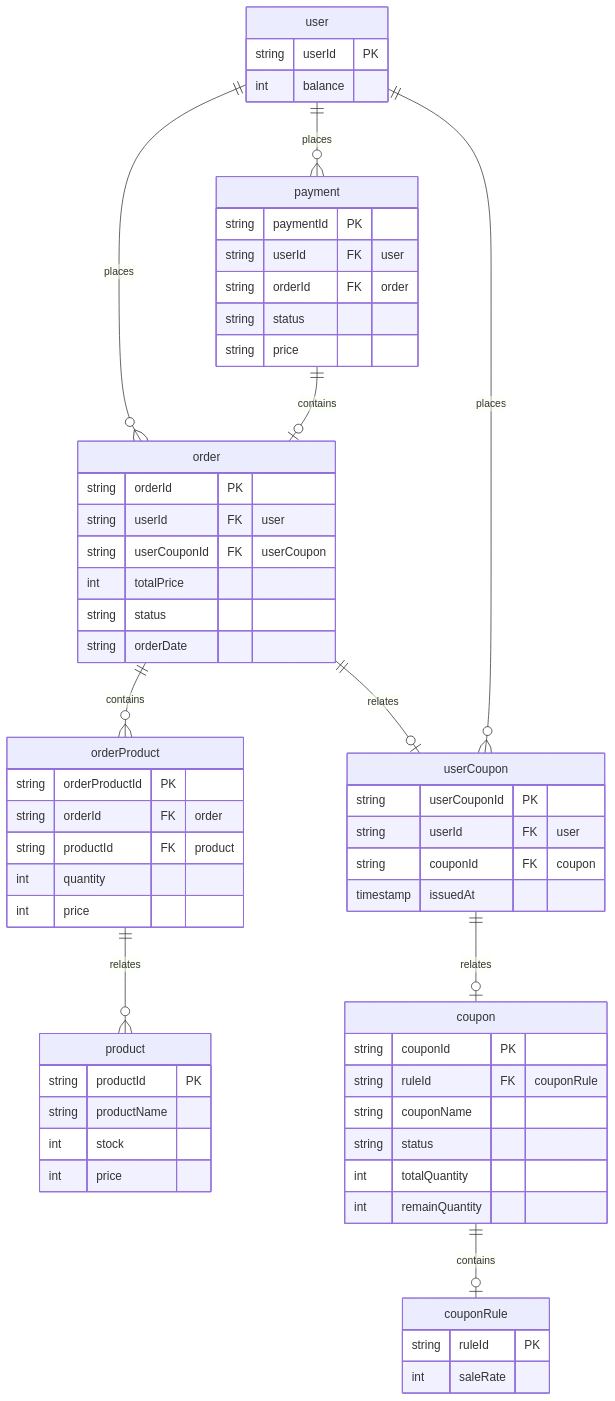
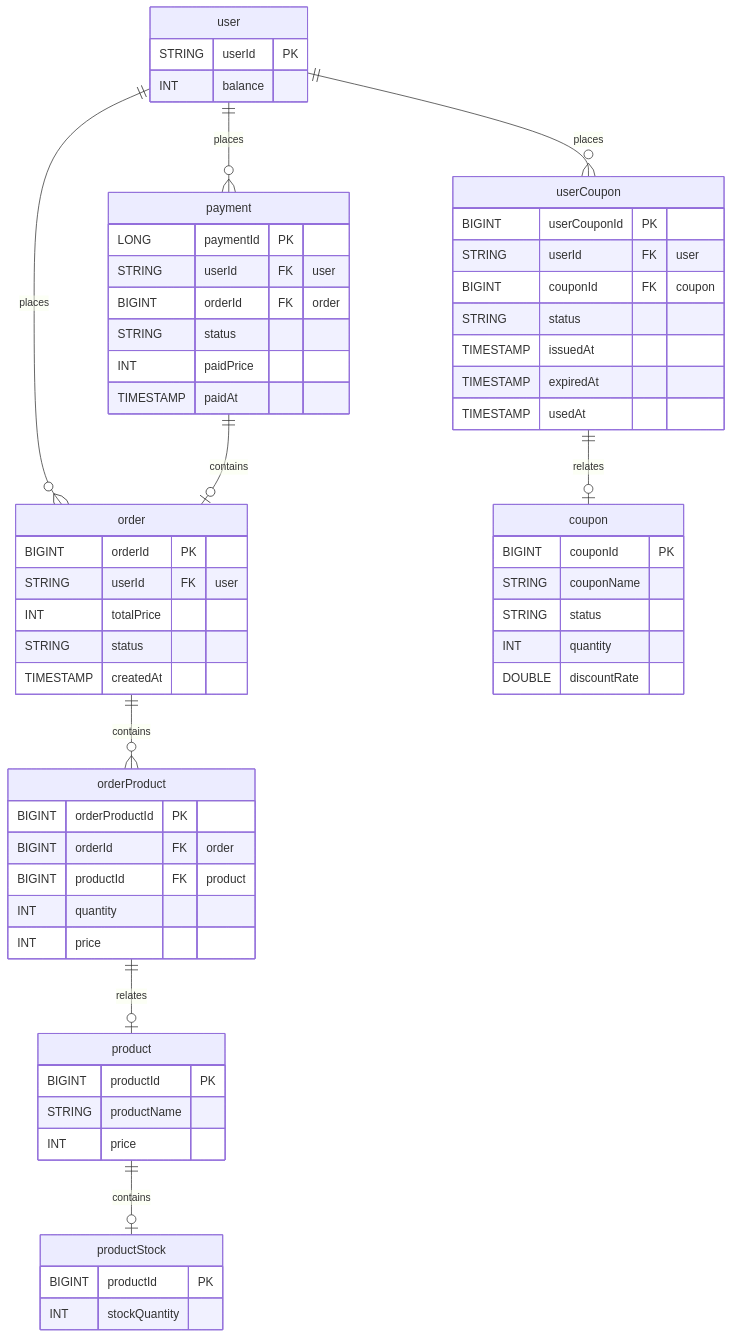
One commit to K-CHANHO/hanghae99_2 changed the diagram in docs/erd/Erd_All.md. Above: the diagram before and after it, drawn with Mermaid.

Commit message:
[refactor] ERD 수정

````diff
--- a/docs/erd/Erd_All.md
+++ b/docs/erd/Erd_All.md
@@ -1,70 +1,70 @@
 ```mermaid
 erDiagram
     user{
-        string userId PK
-        int balance
+        STRING userId PK
+        INT balance
     }
 
     product{
-        string productId PK
-        string productName
-        int stock
-        int price
+        BIGINT productId PK
+        STRING productName
+        INT price
+    }
+    
+    productStock{
+        BIGINT productId PK
+        INT stockQuantity
     }
 
     order{
-        string orderId PK
-        string userId FK "user"
-        string userCouponId FK "userCoupon"
-        int totalPrice
-        string status
-        string orderDate
+        BIGINT orderId PK
+        STRING userId FK "user"
+        INT totalPrice
+        STRING status
+        TIMESTAMP createdAt
     }
 
     orderProduct{
-        string orderProductId PK
-        string orderId FK "order"
-        string productId FK "product"
-        int quantity
-        int price
+        BIGINT orderProductId PK
+        BIGINT orderId FK "order"
+        BIGINT productId FK "product"
+        INT quantity
+        INT price
     }
 
     coupon{
-        string couponId PK
-        string ruleId FK "couponRule"
-        string couponName
-        string status
-        int totalQuantity
-        int remainQuantity
-    }
-
-    couponRule{
-        string ruleId PK
-        int saleRate
+        BIGINT couponId PK
+        STRING couponName
+        STRING status
+        INT quantity
+        DOUBLE discountRate
     }
 
     userCoupon{
-        string userCouponId PK
-        string userId FK "user"
-        string couponId FK "coupon"
-        timestamp issuedAt
+        BIGINT userCouponId PK
+        STRING userId FK "user"
+        BIGINT couponId FK "coupon"
+        STRING status
+        TIMESTAMP issuedAt
+        TIMESTAMP expiredAt
+        TIMESTAMP usedAt
     }
 
     payment {
-        string paymentId PK
-        string userId FK "user"
-        string orderId FK "order"
-        string status
-        string price
+        LONG paymentId PK
+        STRING userId FK "user"
+        BIGINT orderId FK "order"
+        STRING status
+        INT paidPrice
+        TIMESTAMP paidAt
     }
 
     user ||--o{ order : places
+    user ||--o{ payment : places
+    user ||--o{ userCoupon : places
     order ||--o{ orderProduct : contains
-    orderProduct ||--o{ product : relates
-    user ||--o{ payment : places
+    product ||--o| productStock : contains
     payment ||--o| order : contains
-    order ||--o| userCoupon : relates
-    user ||--o{ userCoupon : places
+    orderProduct ||--o| product : relates
     userCoupon ||--o| coupon : relates
-    coupon ||--o| couponRule : contains
 ```
````
